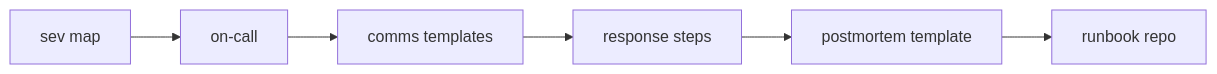
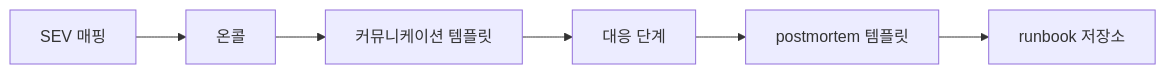
One commit to yeongseon-books/book-content changed the diagram in content/incident-response-101/ko/10-incident-runbook.md. Above: the diagram before and after it, drawn with Mermaid. The commit also changed other lines of this file and 5 other files, not shown here.

````diff
--- a/content/incident-response-101/ko/10-incident-runbook.md
+++ b/content/incident-response-101/ko/10-incident-runbook.md
@@ -33,8 +57,8 @@
 ```mermaid
 flowchart LR
-    Sev["sev map"] --> OnCall["on-call"]
-    OnCall --> Comms["comms templates"]
-    Comms --> Steps["response steps"]
-    Steps --> PM["postmortem template"]
-    PM --> Repo["runbook repo"]
+    Sev["SEV 매핑"] --> OnCall["온콜"]
+    OnCall --> Comms["커뮤니케이션 템플릿"]
+    Comms --> Steps["대응 단계"]
+    Steps --> PM["postmortem 템플릿"]
+    PM --> Repo["runbook 저장소"]
 ```
````
